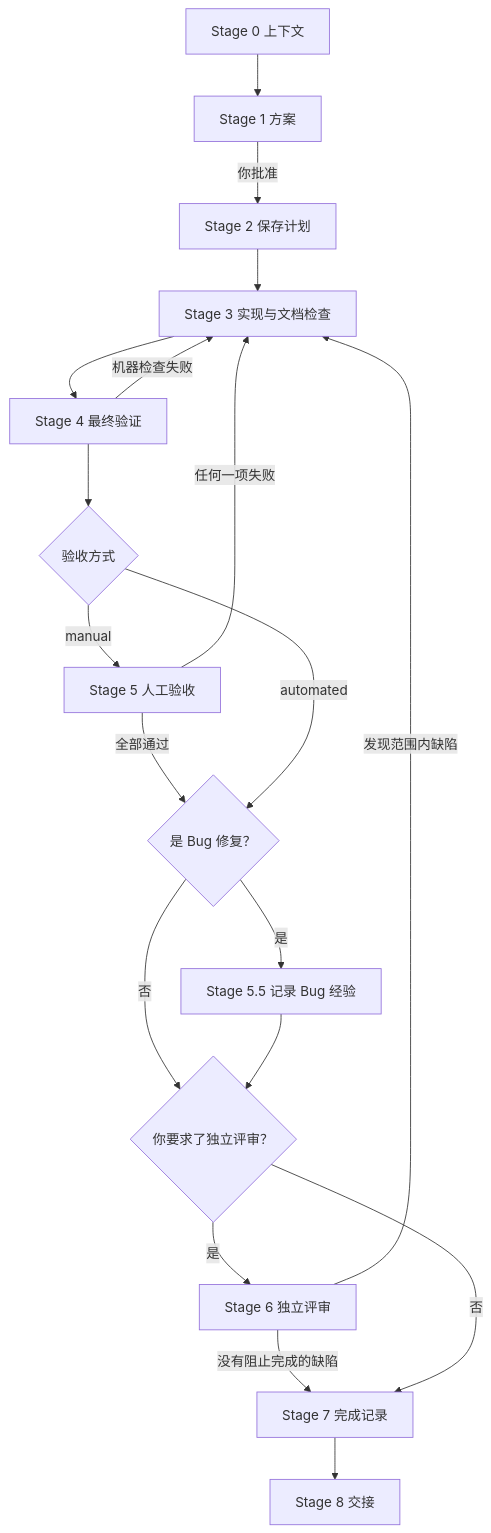
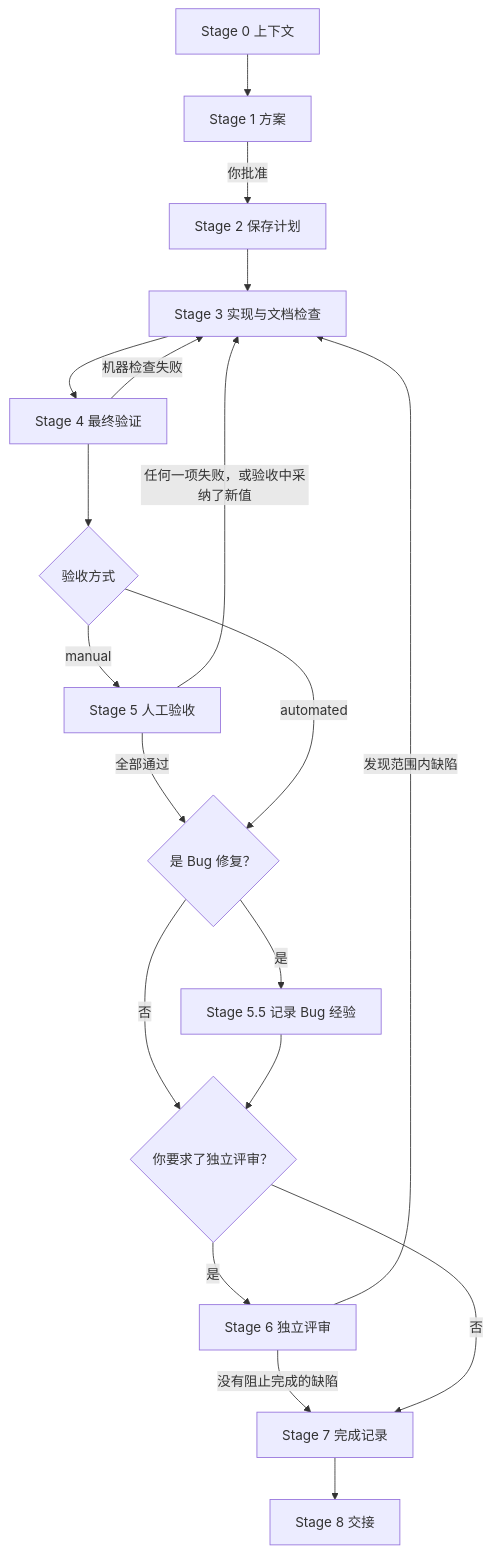
Before and after one commit to yxy823/Game_idle_yaya_frame: the diagram in framework/godot-project-manual/requirements-and-tasks/feature-lifecycle.md, drawn with Mermaid. The commit also changed other lines of this file and 33 other files, not shown here.

````diff
--- a/framework/godot-project-manual/requirements-and-tasks/feature-lifecycle.md
+++ b/framework/godot-project-manual/requirements-and-tasks/feature-lifecycle.md
@@ -45,24 +45,24 @@
 ```mermaid
 flowchart TD
     s0["Stage 0 上下文"] --> s1["Stage 1 方案"]
     s1 -->|你批准| s2["Stage 2 保存计划"]
     s2 --> s3["Stage 3 实现与文档检查"]
     s3 --> s4["Stage 4 最终验证"]
     s4 -->|机器检查失败| s3
     s4 --> mode{"验收方式"}
     mode -->|manual| s5["Stage 5 人工验收"]
-    s5 -->|任何一项失败| s3
+    s5 -->|任何一项失败，或验收中采纳了新值| s3
     bug{"是 Bug 修复？"}
     s5 -->|全部通过| bug
     mode -->|automated| bug
     bug -->|是| s55["Stage 5.5 记录 Bug 经验"]
     review{"你要求了独立评审？"}
     bug -->|否| review
     s55 --> review
     review -->|是| s6["Stage 6 独立评审"]
     s6 -->|发现范围内缺陷| s3
     s7["Stage 7 完成记录"]
     s6 -->|没有阻止完成的缺陷| s7
     review -->|否| s7
     s7 --> s8["Stage 8 交接"]
 ```
````
